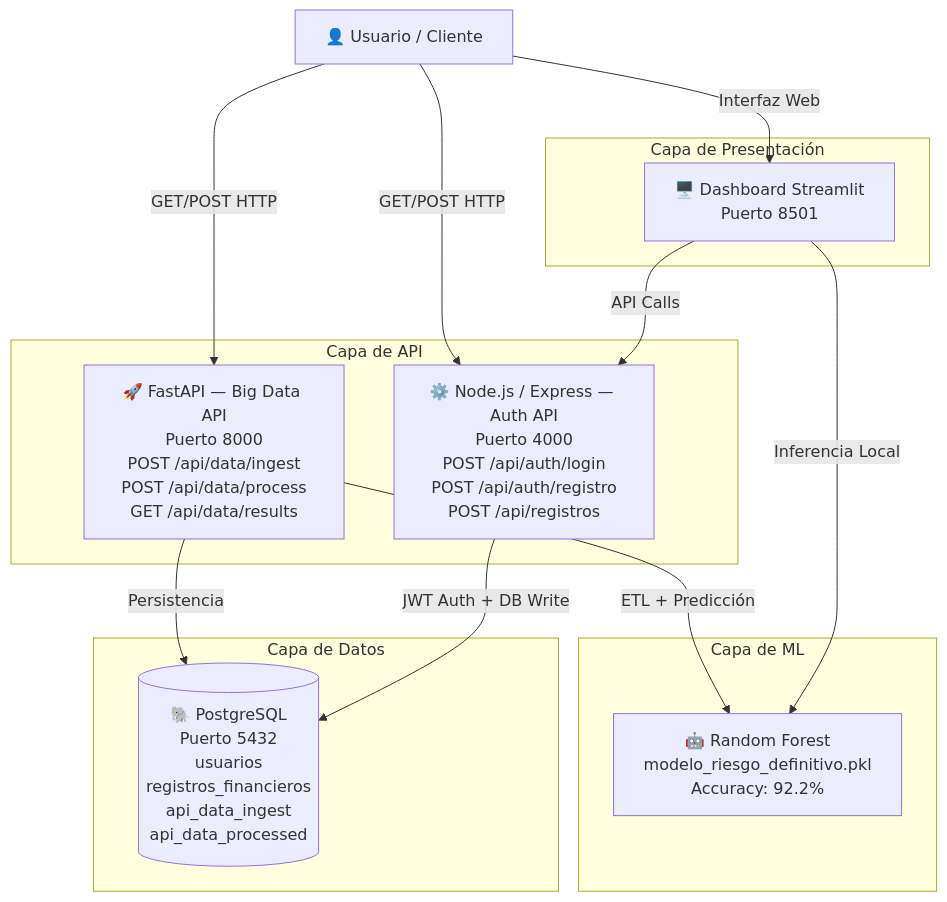
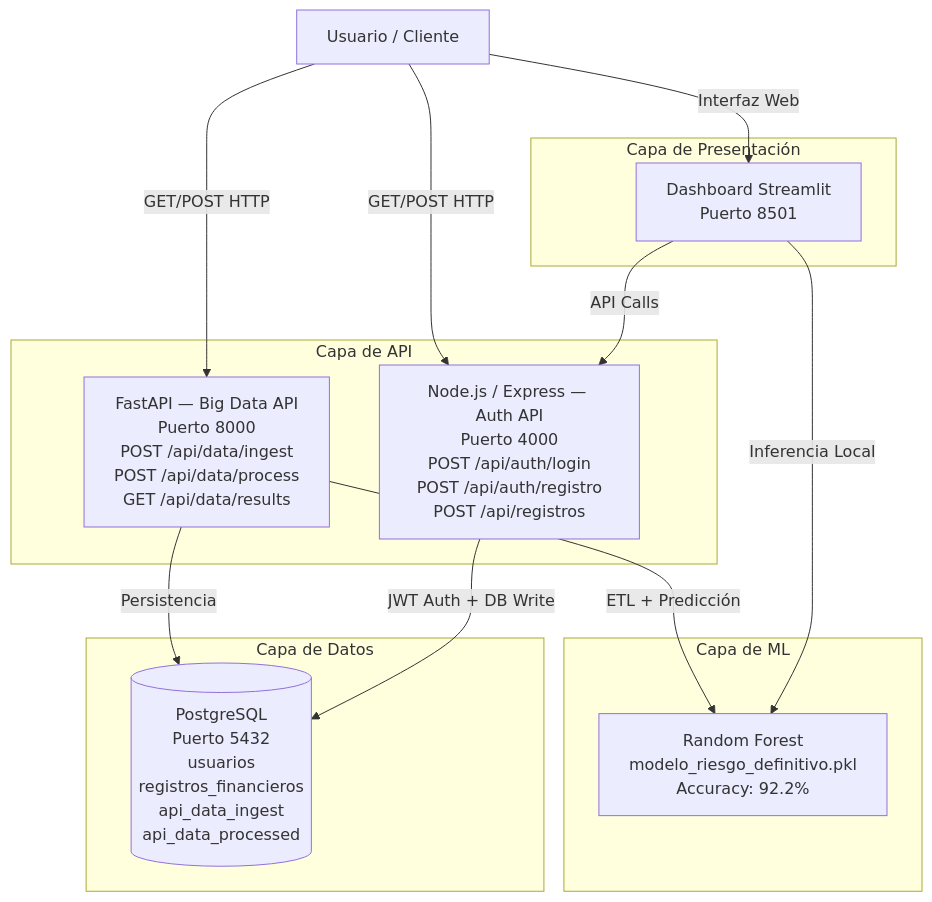
The diagram in README.md (denshelmer/Proyecto_te), drawn with Mermaid before and after one commit. The commit also changed other lines of this file, not shown here.

````diff
--- a/README.md
+++ b/README.md
@@ -34,30 +34,30 @@
 ```mermaid
 graph TD
-    U["👤 Usuario / Cliente"]
-    
+    U["Usuario / Cliente"]
+
     subgraph "Capa de Presentación"
-        ST["🖥️ Dashboard Streamlit<br/>Puerto 8501"]
+        ST["Dashboard Streamlit<br/>Puerto 8501"]
     end
 
     subgraph "Capa de API"
-        FA["🚀 FastAPI — Big Data API<br/>Puerto 8000<br/>POST /api/data/ingest<br/>POST /api/data/process<br/>GET /api/data/results"]
-        ND["⚙️ Node.js / Express — Auth API<br/>Puerto 4000<br/>POST /api/auth/login<br/>POST /api/auth/registro<br/>POST /api/registros"]
+        FA["FastAPI — Big Data API<br/>Puerto 8000<br/>POST /api/data/ingest<br/>POST /api/data/process<br/>GET /api/data/results"]
+        ND["Node.js / Express — Auth API<br/>Puerto 4000<br/>POST /api/auth/login<br/>POST /api/auth/registro<br/>POST /api/registros"]
     end
 
     subgraph "Capa de ML"
-        ML["🤖 Random Forest<br/>modelo_riesgo_definitivo.pkl<br/>Accuracy: 92.2%"]
+        ML["Random Forest<br/>modelo_riesgo_definitivo.pkl<br/>Accuracy: 92.2%"]
     end
-    
+
     subgraph "Capa de Datos"
-        DB[("🐘 PostgreSQL<br/>Puerto 5432<br/>usuarios<br/>registros_financieros<br/>api_data_ingest<br/>api_data_processed")]
+        DB[("PostgreSQL<br/>Puerto 5432<br/>usuarios<br/>registros_financieros<br/>api_data_ingest<br/>api_data_processed")]
     end
 
     U -->|"GET/POST HTTP"| FA
     U -->|"GET/POST HTTP"| ND
     U -->|"Interfaz Web"| ST
     FA -->|"ETL + Predicción"| ML
     FA -->|"Persistencia"| DB
     ND -->|"JWT Auth + DB Write"| DB
     ST -->|"Inferencia Local"| ML
     ST -->|"API Calls"| ND
 ```
````
